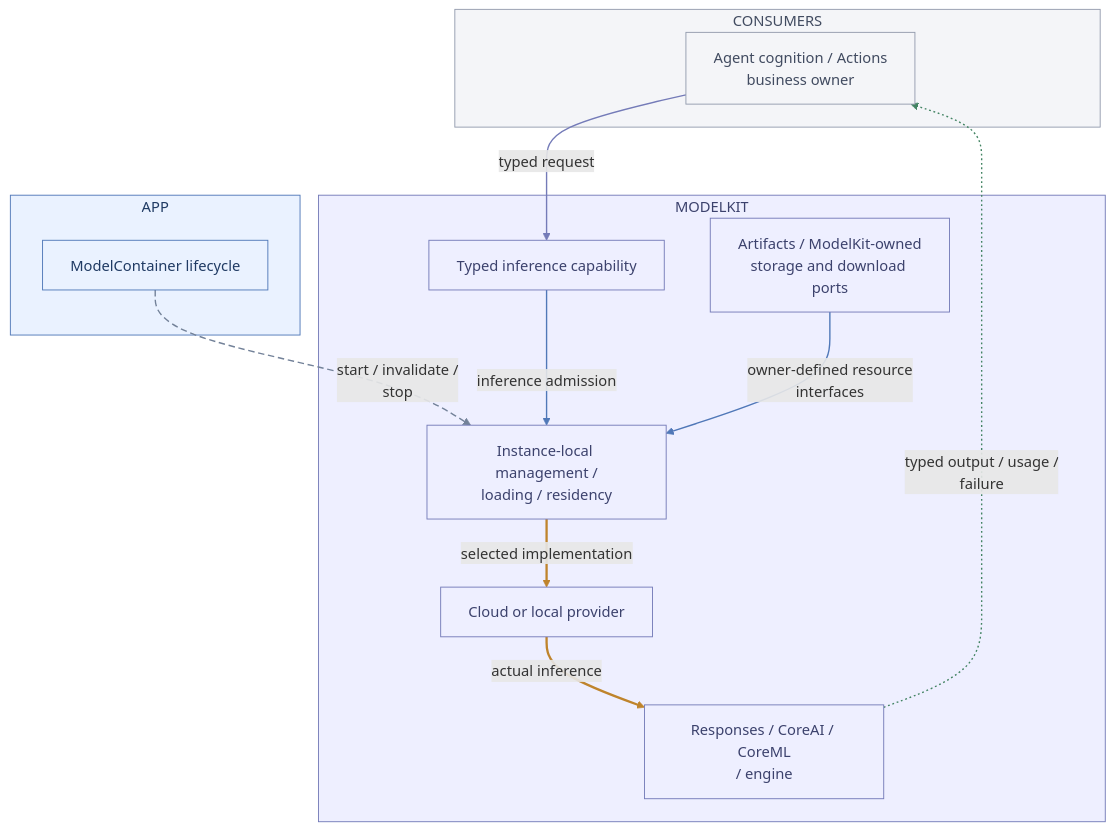
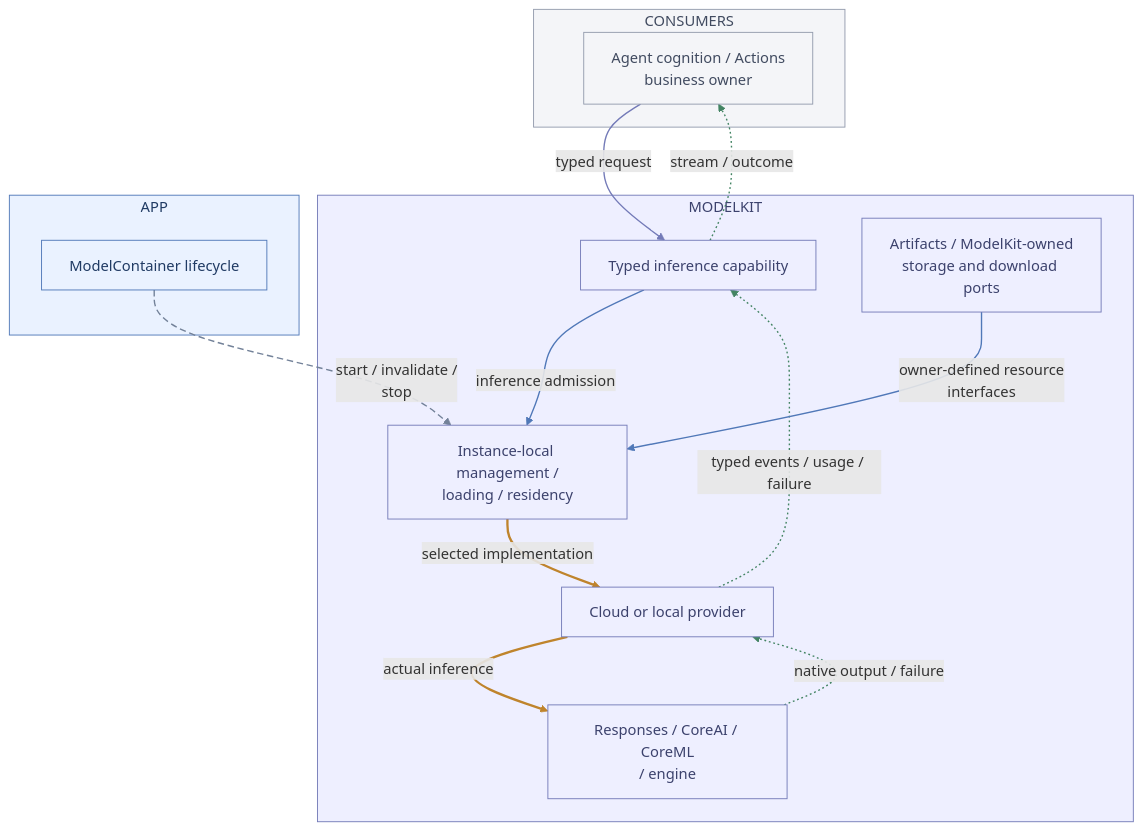
Diagram 25 of 27 in MobileHarness/README.md (devilyouwei/MobileHarness), drawn with Mermaid before and after one commit. The commit also changed other lines of this file and 115 other files, not shown here.

````diff
--- a/MobileHarness/README.md
+++ b/MobileHarness/README.md
@@ -1515,36 +1524,38 @@
 ```mermaid
 flowchart TB
     subgraph Consumers["CONSUMERS"]
         Caller["Agent cognition / Actions<br/>business owner"]:::neutral
     end
     style Consumers fill:#f4f5f8,stroke:#939bad,color:#414b60
     subgraph Inference["MODELKIT"]
         Capability["Typed inference capability"]:::model
         Manager["Instance-local management /<br/>loading / residency"]:::model
         Provider["Cloud or local provider"]:::model
         Backend["Responses / CoreAI / CoreML<br/>/ engine"]:::model
         Ports["Artifacts / ModelKit-owned<br/>storage and download ports"]:::model
     end
     style Inference fill:#eeefff,stroke:#747bb8,color:#3c426d
     subgraph Host["APP"]
         App["ModelContainer lifecycle"]:::host
     end
     style Host fill:#eaf2ff,stroke:#5078b8,color:#203b64
     Caller -->|"typed request"| Capability
     Capability -->|"inference admission"| Manager
     Manager ==>|"selected implementation"| Provider
     Provider ==>|"actual inference"| Backend
-    Backend -.->|"typed output / usage /<br/>failure"| Caller
+    Backend -.->|"native output / failure"| Provider
+    Provider -.->|"typed events / usage / failure"| Capability
+    Capability -.->|"stream / outcome"| Caller
     App -.->|"start / invalidate /<br/>stop"| Manager
     Ports -->|"owner-defined resource<br/>interfaces"| Manager
     classDef host fill:#eaf2ff,stroke:#5078b8,color:#203b64
     classDef model fill:#eeefff,stroke:#747bb8,color:#3c426d
     classDef neutral fill:#f4f5f8,stroke:#939bad,color:#414b60
     linkStyle 0 stroke:#747bb8,stroke-width:1.5px
     linkStyle 1 stroke:#5078b8,stroke-width:1.5px
     linkStyle 2 stroke:#bf842c,stroke-width:2.5px
     linkStyle 3 stroke:#bf842c,stroke-width:2.5px
-    linkStyle 4 stroke:#438463,stroke-width:1.5px,stroke-dasharray:2 3
-    linkStyle 5 stroke:#738299,stroke-width:1.5px,stroke-dasharray:7 4
-    linkStyle 6 stroke:#5078b8,stroke-width:1.5px
+    linkStyle 4,5,6 stroke:#438463,stroke-width:1.5px,stroke-dasharray:2 3
+    linkStyle 7 stroke:#738299,stroke-width:1.5px,stroke-dasharray:7 4
+    linkStyle 8 stroke:#5078b8,stroke-width:1.5px
 ```
````
